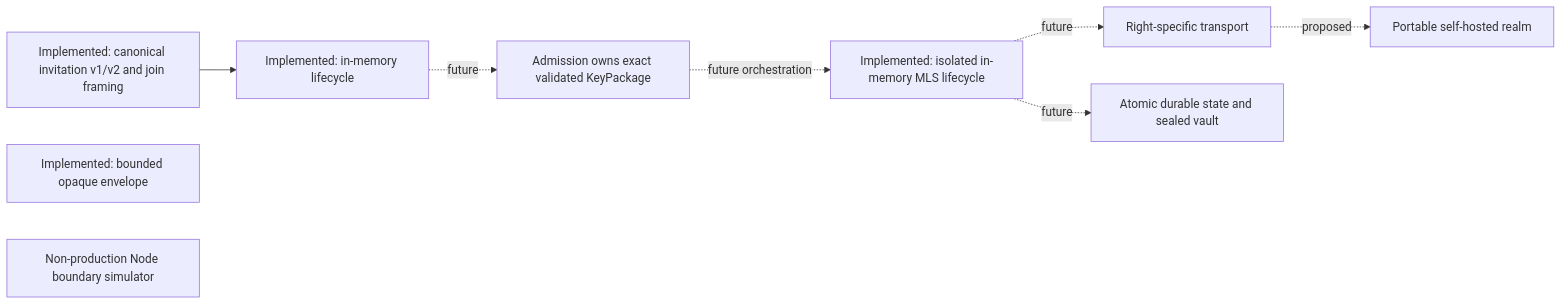
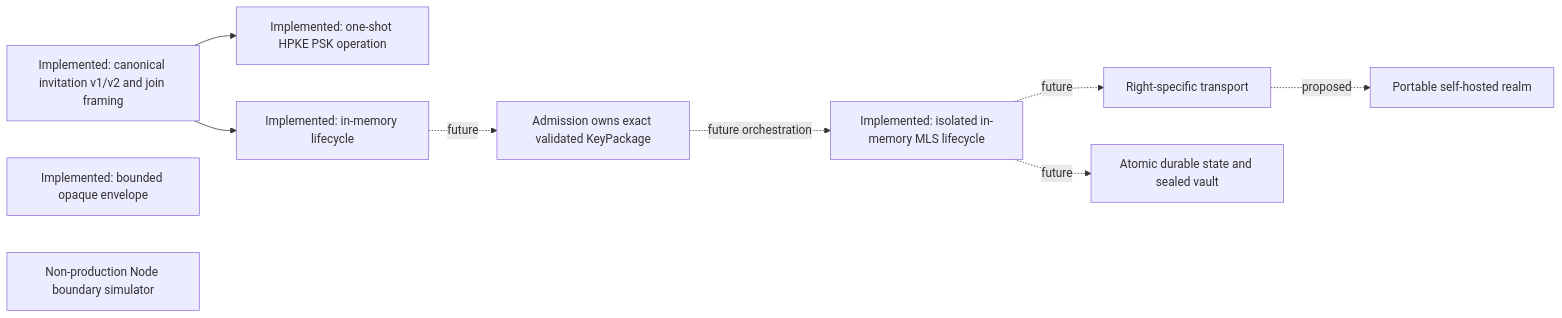
One commit to dills122/session-chat changed the diagram in docs/INDEPENDENT_AUDIT_BRIEF.md. Above: the diagram before and after it, drawn with Mermaid. The commit also changed other lines of this file and 10 other files, not shown here.

First line of the commit message:
docs: record HPKE join evidence boundary

````diff
--- a/docs/INDEPENDENT_AUDIT_BRIEF.md
+++ b/docs/INDEPENDENT_AUDIT_BRIEF.md
@@ -67,12 +70,13 @@
 ```mermaid
 flowchart LR
-  I["Implemented: canonical invitation v1/v2 and join framing"] --> R["Implemented: in-memory lifecycle"]
+  I["Implemented: canonical invitation v1/v2 and join framing"] --> P["Implemented: one-shot HPKE PSK operation"]
+  I --> R["Implemented: in-memory lifecycle"]
   E["Implemented: bounded opaque envelope"]
   M["Implemented: isolated in-memory MLS lifecycle"]
   N["Non-production Node boundary simulator"]
   R -. future .-> A["Admission owns exact validated KeyPackage"]
   A -. future orchestration .-> M
   M -. future .-> T["Right-specific transport"]
   M -. future .-> V["Atomic durable state and sealed vault"]
   T -. proposed .-> H["Portable self-hosted realm"]
 ```
````
